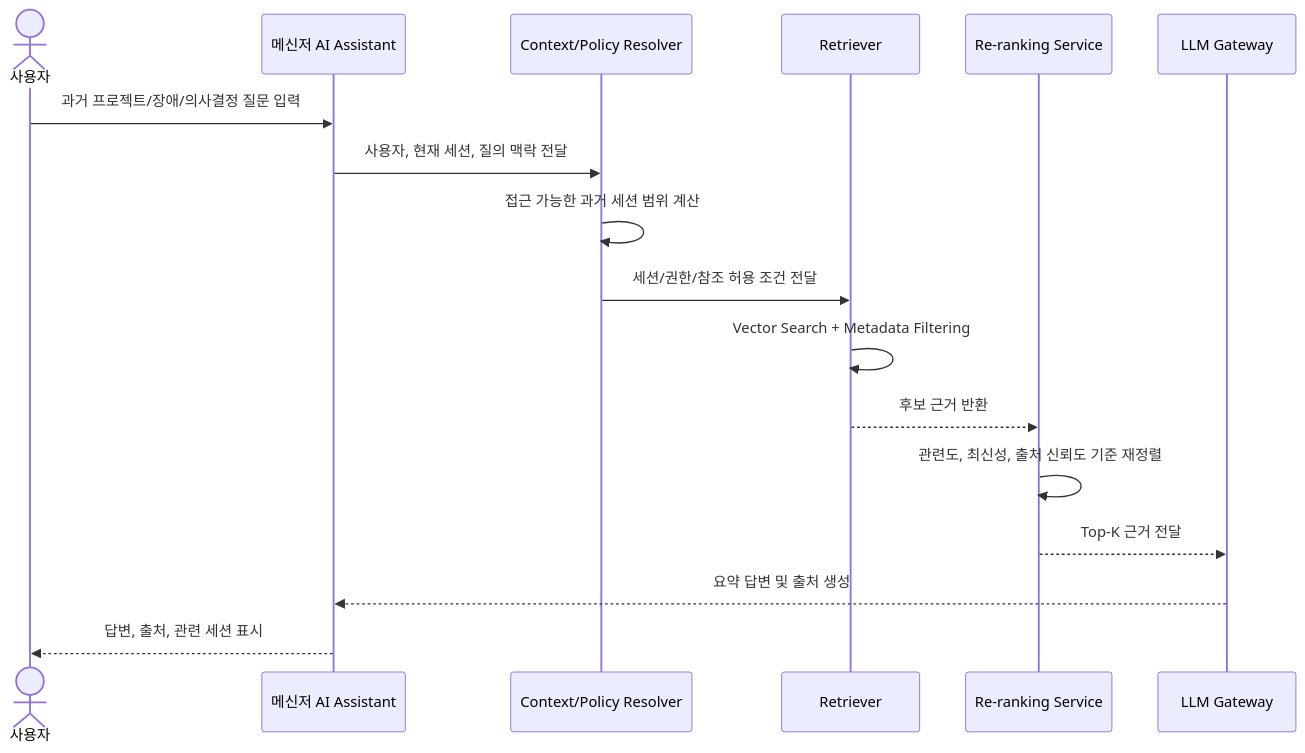
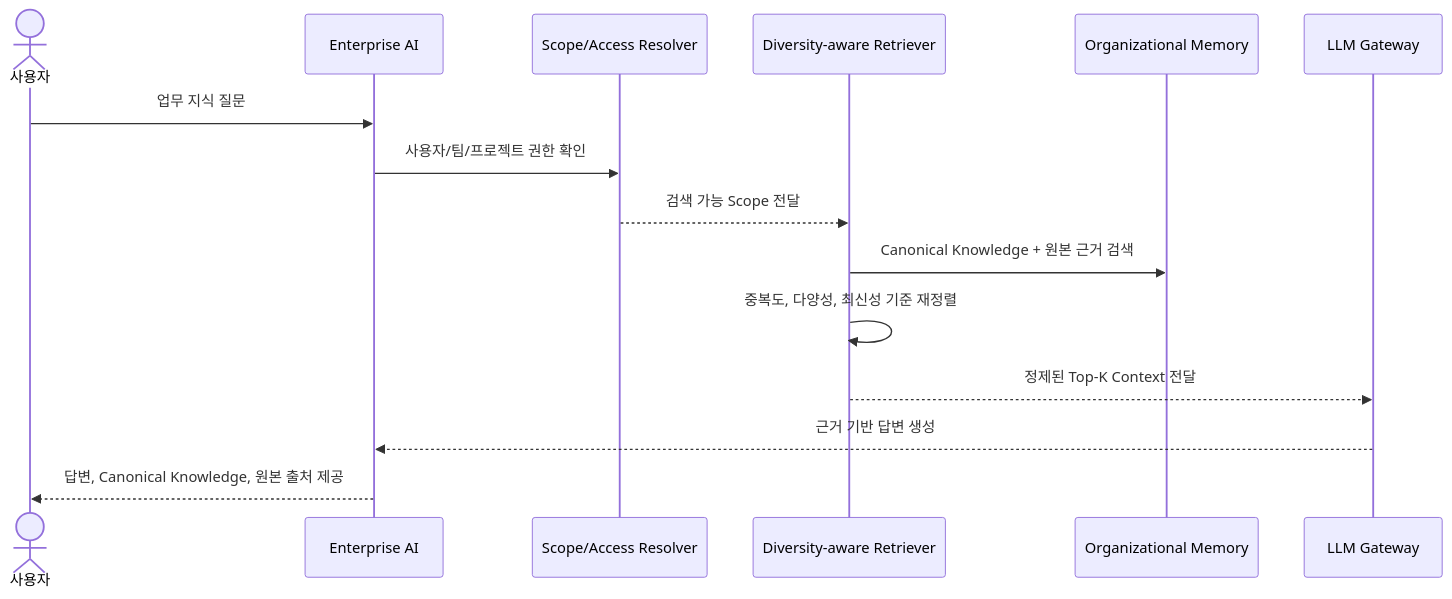
Before and after one commit to bshsqa/Archi-Team-ChatAssist: the second of 9 diagrams in SPRAG_USE_CASE_DETAILS.md, drawn with Mermaid. The commit also changed other lines of this file and 6 other files, not shown here.

````diff
--- a/SPRAG_USE_CASE_DETAILS.md
+++ b/SPRAG_USE_CASE_DETAILS.md
@@ -83,20 +73,18 @@
 ```mermaid
 sequenceDiagram
     actor User as 사용자
-    participant Chat as 메신저 AI Assistant
-    participant Policy as Context/Policy Resolver
-    participant Retriever as Retriever
-    participant Reranker as Re-ranking Service
+    participant Assistant as Enterprise AI
+    participant Scope as Scope/Access Resolver
+    participant Retriever as Diversity-aware Retriever
+    participant Memory as Organizational Memory
     participant LLM as LLM Gateway
 
-    User->>Chat: 과거 프로젝트/장애/의사결정 질문 입력
-    Chat->>Policy: 사용자, 현재 세션, 질의 맥락 전달
-    Policy->>Policy: 접근 가능한 과거 세션 범위 계산
-    Policy->>Retriever: 세션/권한/참조 허용 조건 전달
-    Retriever->>Retriever: Vector Search + Metadata Filtering
-    Retriever-->>Reranker: 후보 근거 반환
-    Reranker->>Reranker: 관련도, 최신성, 출처 신뢰도 기준 재정렬
-    Reranker-->>LLM: Top-K 근거 전달
-    LLM-->>Chat: 요약 답변 및 출처 생성
-    Chat-->>User: 답변, 출처, 관련 세션 표시
+    User->>Assistant: 업무 지식 질문
+    Assistant->>Scope: 사용자/팀/프로젝트 권한 확인
+    Scope-->>Retriever: 검색 가능 Scope 전달
+    Retriever->>Memory: Canonical Knowledge + 원본 근거 검색
+    Retriever->>Retriever: 중복도, 다양성, 최신성 기준 재정렬
+    Retriever-->>LLM: 정제된 Top-K Context 전달
+    LLM-->>Assistant: 근거 기반 답변 생성
+    Assistant-->>User: 답변, Canonical Knowledge, 원본 출처 제공
 ```
````
